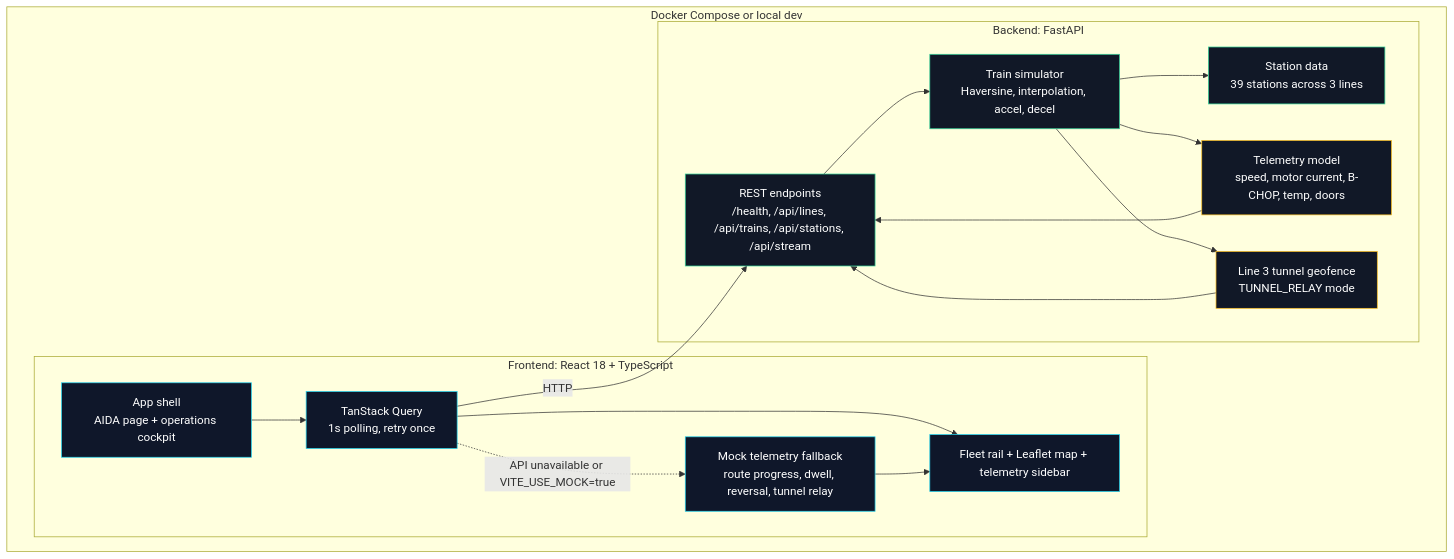
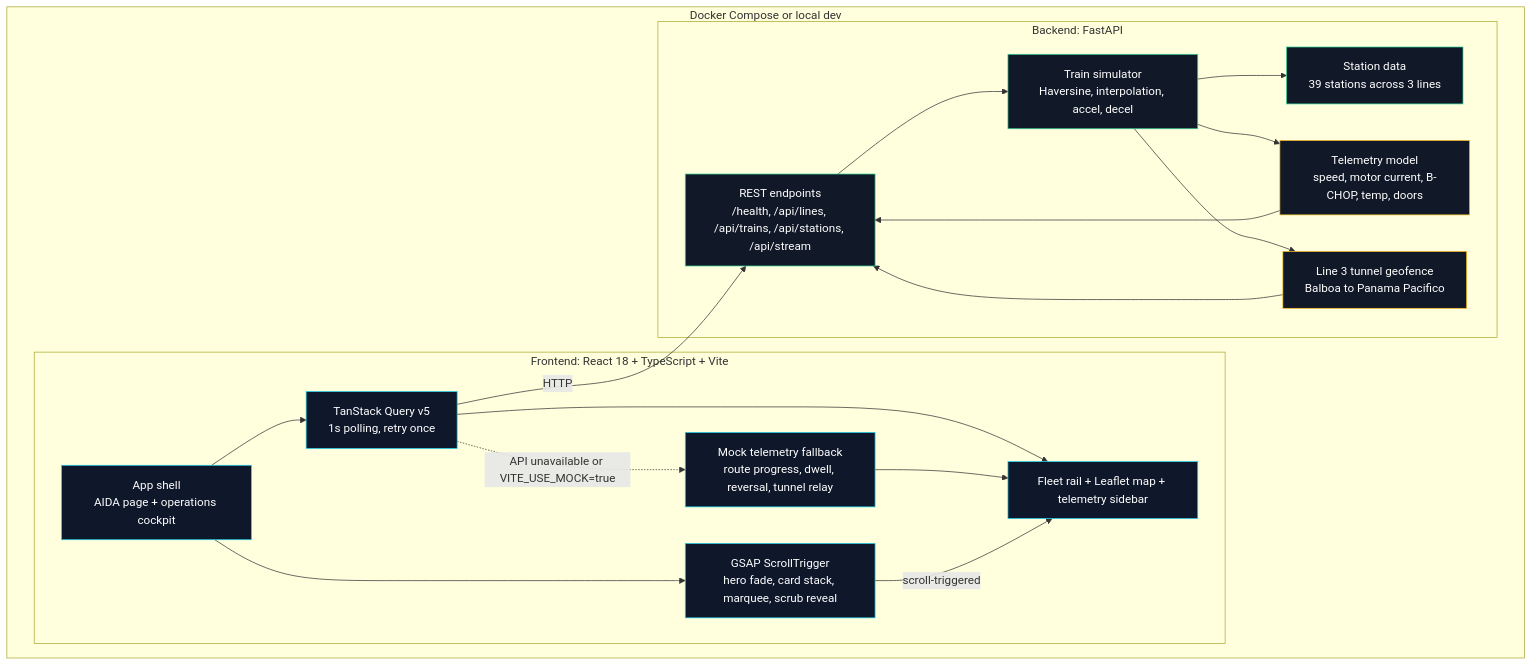
Before and after one commit to AngelP17/rail: the first of 6 diagrams in hmax-lite/docs/architecture.md, drawn with Mermaid. The commit also changed other lines of this file and 19 other files, not shown here.

````diff
--- a/hmax-lite/docs/architecture.md
+++ b/hmax-lite/docs/architecture.md
@@ -9,37 +9,41 @@
 ```mermaid
 flowchart TB
     subgraph Runtime["Docker Compose or local dev"]
-        subgraph Frontend["Frontend: React 18 + TypeScript"]
+        subgraph Frontend["Frontend: React 18 + TypeScript + Vite"]
             App["App shell\nAIDA page + operations cockpit"]
-            Query["TanStack Query\n1s polling, retry once"]
+            Query["TanStack Query v5\n1s polling, retry once"]
             Mock["Mock telemetry fallback\nroute progress, dwell, reversal, tunnel relay"]
+            GSAP["GSAP ScrollTrigger\nhero fade, card stack, marquee, scrub reveal"]
             UI["Fleet rail + Leaflet map + telemetry sidebar"]
         end
 
         subgraph Backend["Backend: FastAPI"]
             API["REST endpoints\n/health, /api/lines, /api/trains, /api/stations, /api/stream"]
             Engine["Train simulator\nHaversine, interpolation, accel, decel"]
             Telemetry["Telemetry model\nspeed, motor current, B-CHOP, temp, doors"]
-            Geofence["Line 3 tunnel geofence\nTUNNEL_RELAY mode"]
+            Geofence["Line 3 tunnel geofence\nBalboa to Panama Pacifico"]
             Stations["Station data\n39 stations across 3 lines"]
         end
     end
 
     App --> Query --> UI
     Query -->|"HTTP"| API
     Query -.->|"API unavailable or VITE_USE_MOCK=true"| Mock
     Mock --> UI
+    App --> GSAP
+    GSAP -->|"scroll-triggered"| UI
     API --> Engine
     Engine --> Stations
     Engine --> Telemetry
     Engine --> Geofence
     Telemetry --> API
     Geofence --> API
 
     classDef shell fill:#0f172a,stroke:#22d3ee,color:#fff
     classDef service fill:#111827,stroke:#34d399,color:#fff
     classDef signal fill:#111827,stroke:#fbbf24,color:#fff
-    class App,Query,UI,Mock shell
+    classDef motion fill:#111827,stroke:#d7ff5f,color:#fff
+    class App,Query,UI,Mock,GSAP shell
     class API,Engine,Stations service
     class Telemetry,Geofence signal
 ```
````
